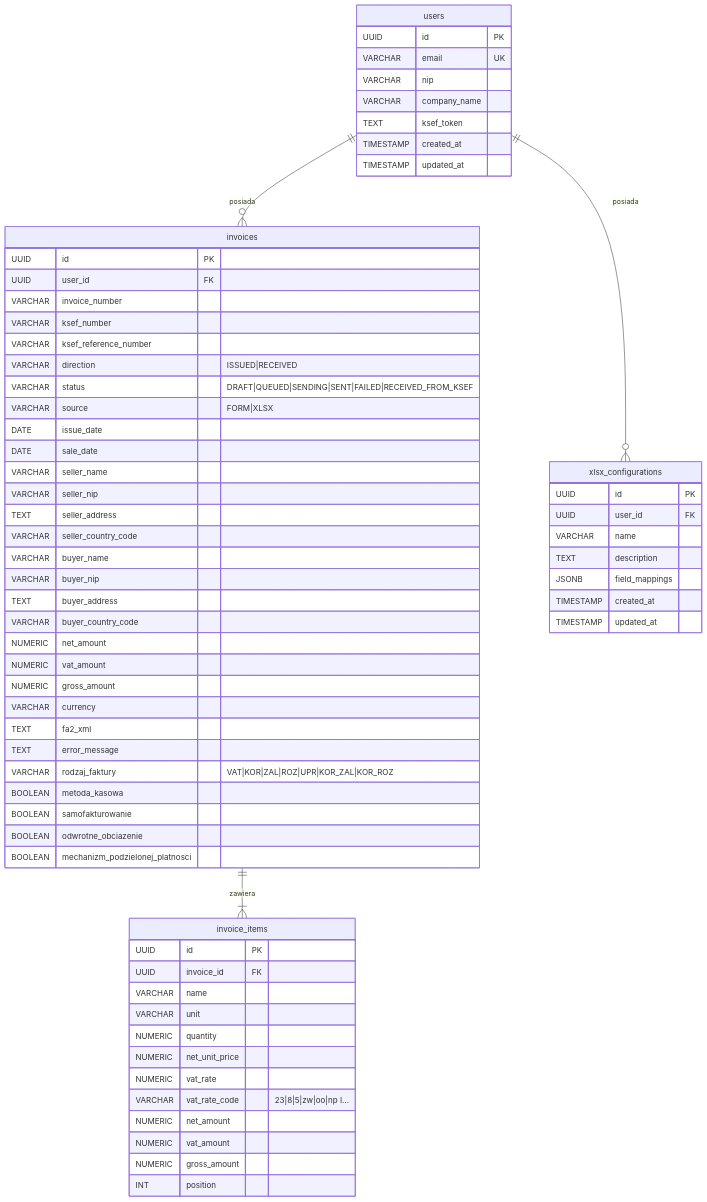
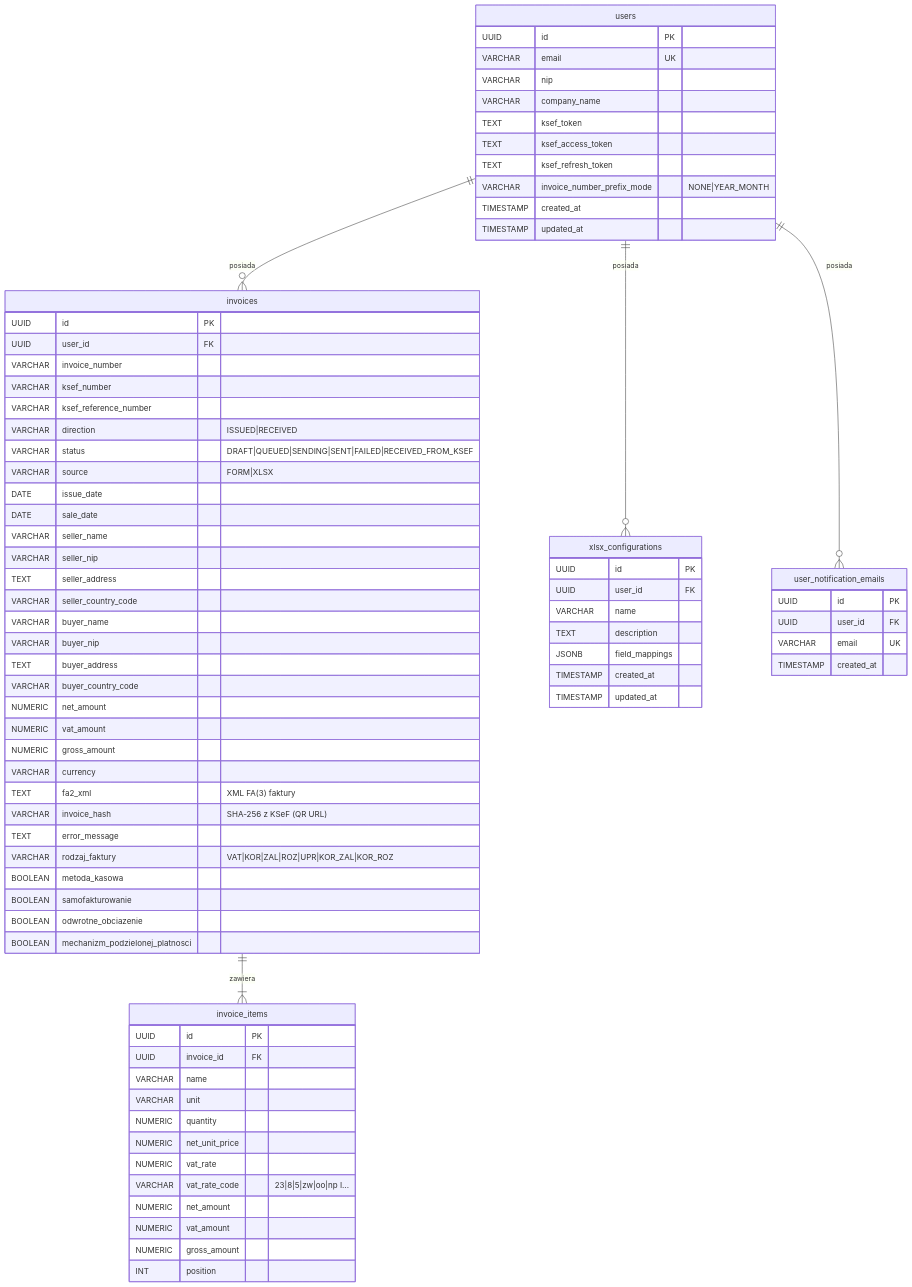
Before and after one commit to krx2/ksef-app: the ninth of 9 diagrams in ARCHITECTURE.md, drawn with Mermaid. The commit also changed other lines of this file and 36 other files, not shown here.

````diff
--- a/ARCHITECTURE.md
+++ b/ARCHITECTURE.md
@@ -286,6 +301,9 @@
         VARCHAR nip
         VARCHAR company_name
         TEXT ksef_token
+        TEXT ksef_access_token
+        TEXT ksef_refresh_token
+        VARCHAR invoice_number_prefix_mode "NONE|YEAR_MONTH"
         TIMESTAMP created_at
         TIMESTAMP updated_at
     }
@@ -313,7 +331,8 @@
         NUMERIC vat_amount
         NUMERIC gross_amount
         VARCHAR currency
-        TEXT fa2_xml
+        TEXT fa2_xml "XML FA(3) faktury"
+        VARCHAR invoice_hash "SHA-256 z KSeF (QR URL)"
         TEXT error_message
         VARCHAR rodzaj_faktury "VAT|KOR|ZAL|ROZ|UPR|KOR_ZAL|KOR_ROZ"
         BOOLEAN metoda_kasowa
@@ -347,7 +366,15 @@
         TIMESTAMP updated_at
     }
 
+    user_notification_emails {
+        UUID id PK
+        UUID user_id FK
+        VARCHAR email UK
+        TIMESTAMP created_at
+    }
+
     users ||--o{ invoices : "posiada"
     users ||--o{ xlsx_configurations : "posiada"
+    users ||--o{ user_notification_emails : "posiada"
     invoices ||--|{ invoice_items : "zawiera"
 ```
````
